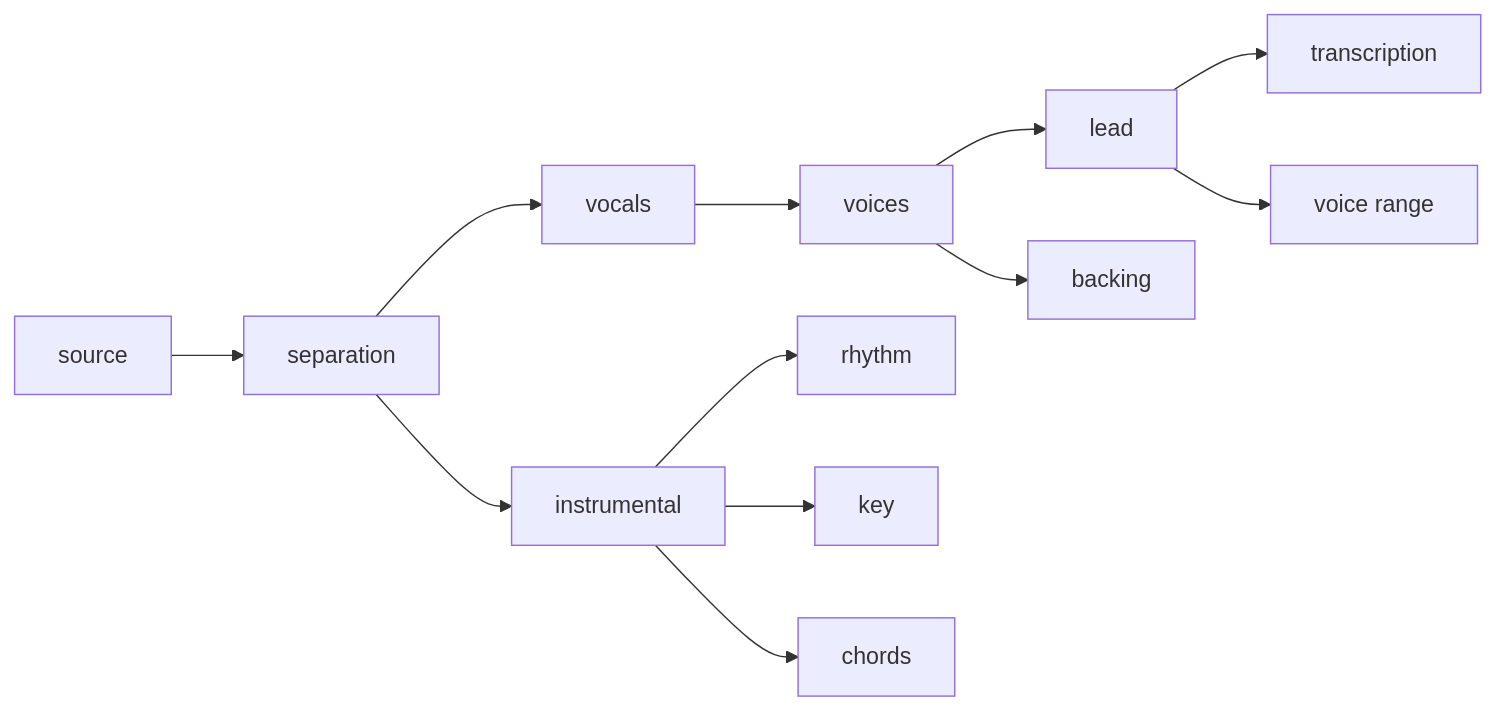
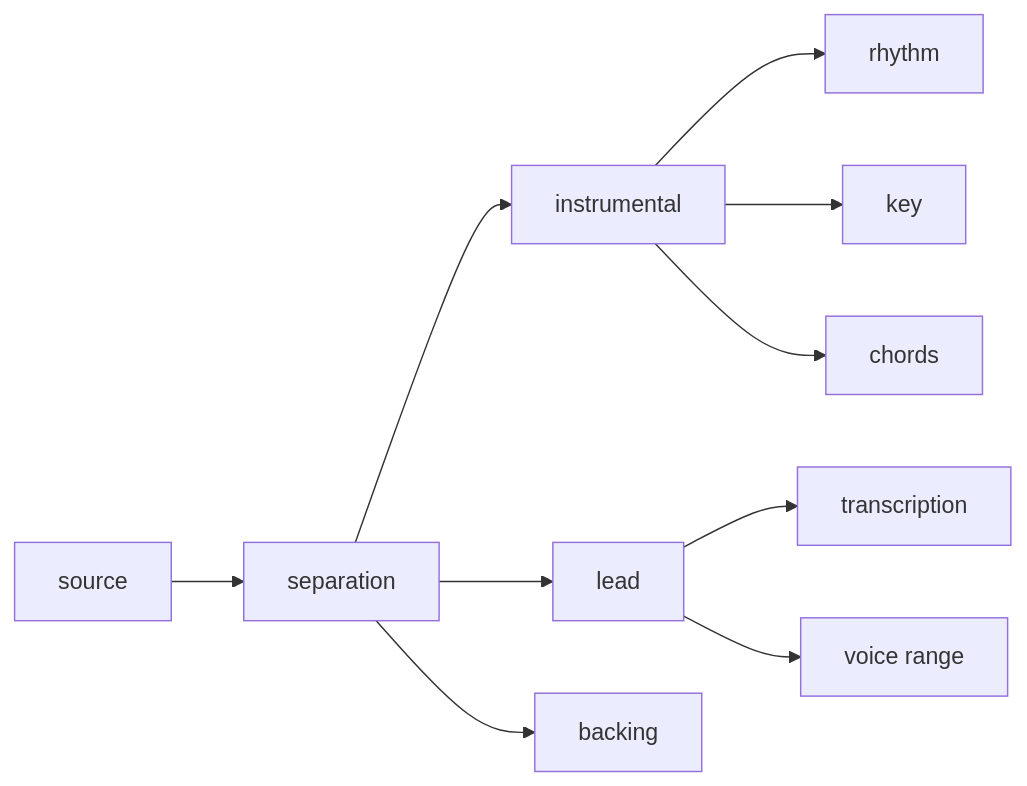
One commit to musetric/headquarters changed the diagram in product.md. Above: the diagram before and after it, drawn with Mermaid. The commit also changed other lines of this file, not shown here.

````diff
--- a/product.md
+++ b/product.md
@@ -82,14 +82,12 @@
 ```mermaid
 flowchart LR
   source --> separation
-  separation --> vocals
   separation --> instrumental
-  vocals --> voices
-  voices --> lead
-  voices --> backing
+  separation --> lead
+  separation --> backing
   lead --> transcription
   lead --> range[voice range]
   instrumental --> rhythm
   instrumental --> key
   instrumental --> chords
 ```
````
